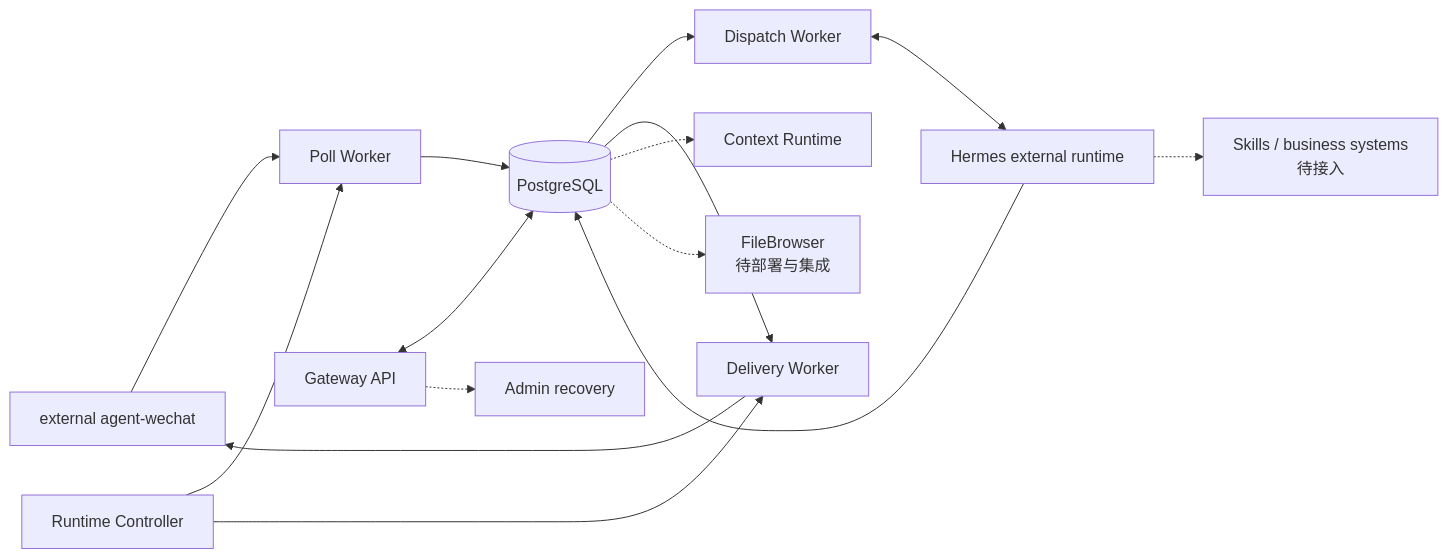
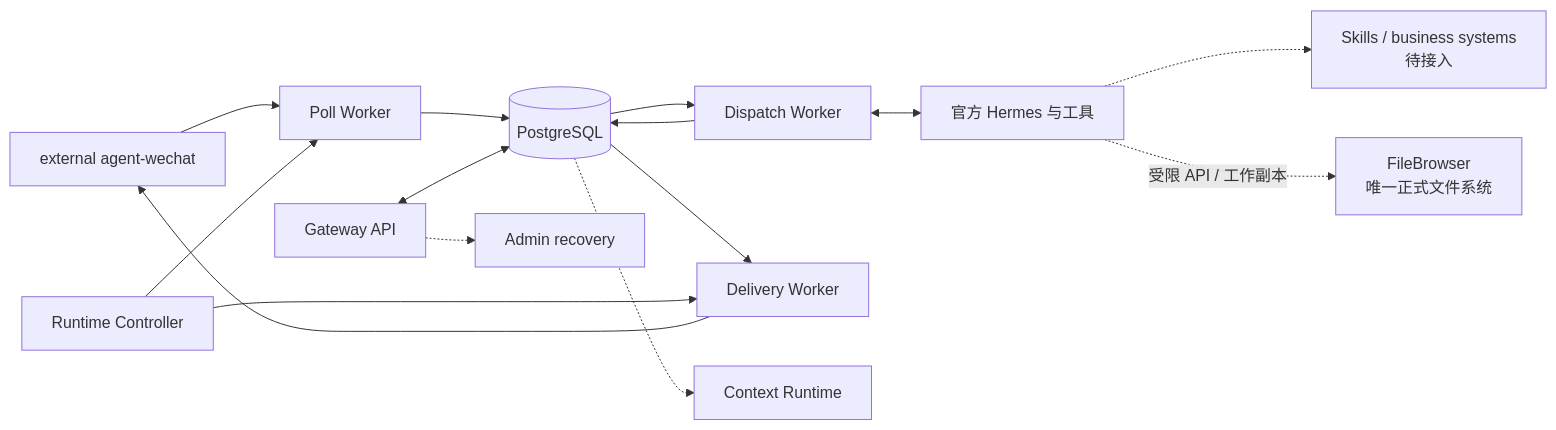
The diagram in architecture/component-map.md (Tangbohu09527/CF_ecommerce-automation-docs), drawn with Mermaid before and after one commit. The commit also changed other lines of this file and 19 other files, not shown here.

````diff
--- a/architecture/component-map.md
+++ b/architecture/component-map.md
@@ -21,14 +22,14 @@
 ```mermaid
 flowchart LR
     AW["external agent-wechat"] --> PW["Poll Worker"] --> PG[("PostgreSQL")]
     API["Gateway API"] <--> PG
-    PG --> DW["Dispatch Worker"] <--> H["Hermes external runtime"]
-    H --> PG --> DLW["Delivery Worker"] --> AW
+    PG --> DW["Dispatch Worker"] <--> H["官方 Hermes 与工具"]
+    DW --> PG --> DLW["Delivery Worker"] --> AW
     CTL["Runtime Controller"]
     CTL --> PW
     CTL --> DLW
     PG -.-> CTX["Context Runtime"]
     API -.-> ADM["Admin recovery"]
     H -.-> SK["Skills / business systems<br/>待接入"]
-    PG -.-> FB["FileBrowser<br/>待部署与集成"]
+    H -. "受限 API / 工作副本" .-> FB["FileBrowser<br/>唯一正式文件系统"]
 ```
````
